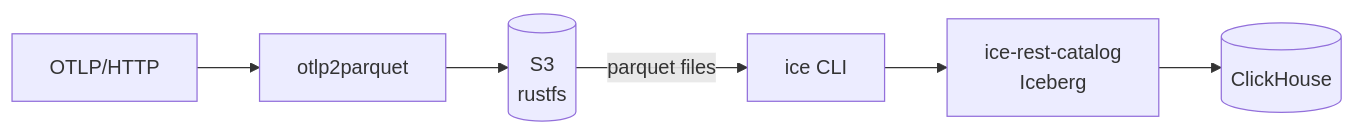
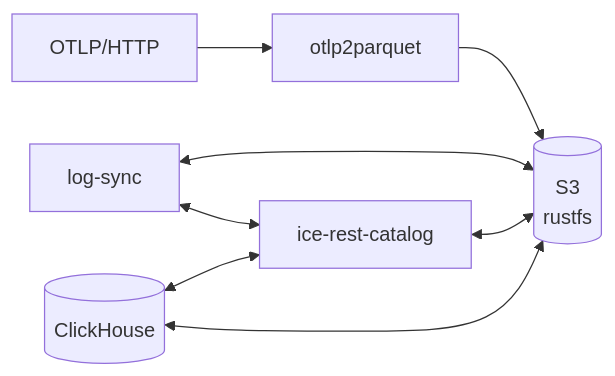
One commit to Altinity/demo-otel-parquet-antalya changed the diagram in README.md. Above: the diagram before and after it, drawn with Mermaid. The commit also changed 1 other file, not shown here.

Commit message:
pin versions

````diff
--- a/README.md
+++ b/README.md
@@ -7,8 +7,10 @@
 ```mermaid
 flowchart LR
     OTLP[OTLP/HTTP] --> O2P[otlp2parquet]
     O2P --> S3[(S3<br/>rustfs)]
-    S3 --> |parquet files| ICE[ice CLI]
-    ICE --> CAT[ice-rest-catalog<br/>Iceberg]
-    CAT --> CH[(ClickHouse)]
+    SYNC[log-sync] <--> S3
+    CAT[ice-rest-catalog] <--> S3
+    CH[(ClickHouse)] <--> S3
+    SYNC <--> CAT
+    CH <--> CAT
 ```
````
